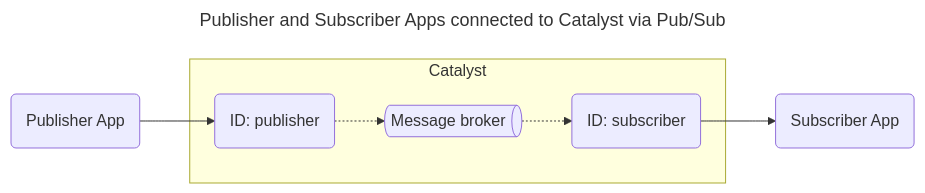
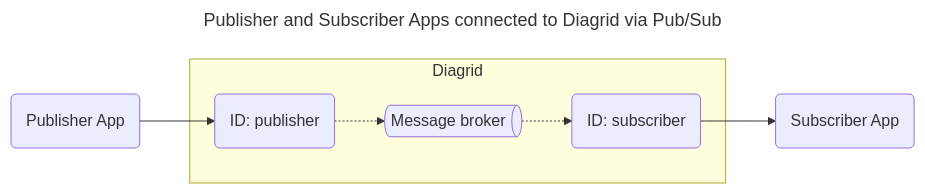
The diagram in pubsub/csharp/README.md (diagridio/catalyst-quickstarts), drawn with Mermaid before and after one commit. The commit also changed other lines of this file and 224 other files, not shown here.

First line of the commit message:
docs: rename Catalyst to Diagrid in descriptions and labels

````diff
--- a/pubsub/csharp/README.md
+++ b/pubsub/csharp/README.md
@@ -9,17 +9,17 @@
 ```mermaid
 ---
-title: Publisher and Subscriber Apps connected to Catalyst via Pub/Sub
+title: Publisher and Subscriber Apps connected to Diagrid via Pub/Sub
 ---
 flowchart LR
   APP1(Publisher App)
-  subgraph Catalyst
+  subgraph Diagrid
     APPID1(ID: publisher)
     BROKER@{ shape: das, label: "Message broker" }
     APPID2(ID: subscriber)
   end
   APP2(Subscriber App)
   APP1-->APPID1
   APPID1-.->BROKER
   BROKER-.->APPID2
   APPID2-->APP2
 ```
````
